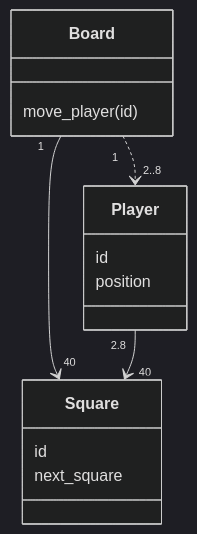
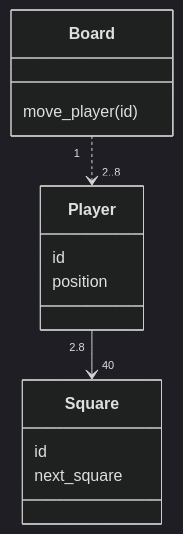
One commit to Gaberol/ot-harjoitustyo changed the diagram in laskarit/viikko3/monopoli.md. Above: the diagram before and after it, drawn with Mermaid (dark theme).

````diff
--- a/laskarit/viikko3/monopoli.md
+++ b/laskarit/viikko3/monopoli.md
@@ -1,17 +1,16 @@
 ```mermaid
  classDiagram
  Board "1" ..> "2..8" Player
- Board "1" --> "40" Square
  Player "2.8" --> "40" Square
  class Board{
      move_player(id)
  }
  class Player{
      id
      position
  }
  class Square{
      id
      next_square
  }
 ```
````
